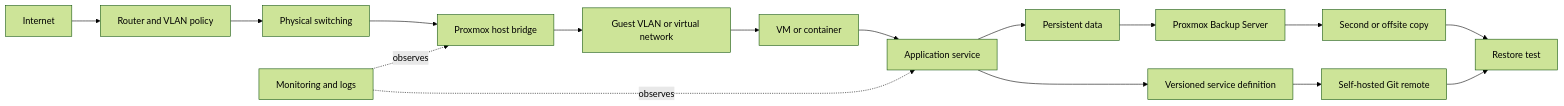
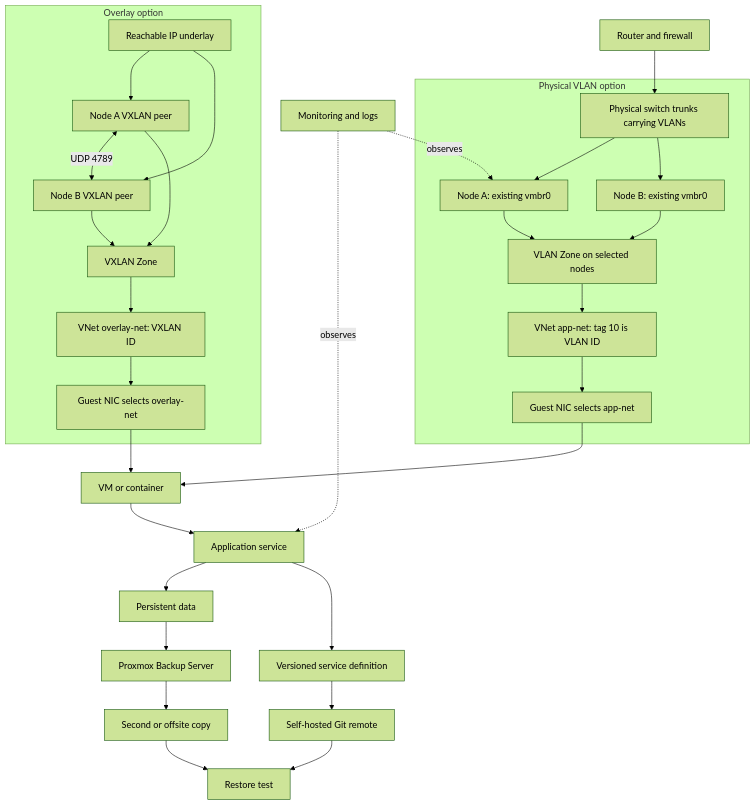
The second of 2 diagrams in src/content/blog/layering-a-proxmox-homelab.md (GrandDay/johnmcdougal-site), drawn with Mermaid (forest theme) before and after one commit. The commit also changed other lines of this file and 7 other files, not shown here.

Commit message:
feat: improve Mermaid diagram navigation

````diff
--- a/src/content/blog/layering-a-proxmox-homelab.md
+++ b/src/content/blog/layering-a-proxmox-homelab.md
@@ -73,20 +75,39 @@
 ```mermaid
-flowchart LR
+flowchart TB
   accTitle: Network, configuration, and recovery boundaries
-  accDescr: Physical network policy connects selected Proxmox guest networks; versioned configuration and guest backups have separate copies and restore tests.
-  Internet[Internet] --> Router[Router and VLAN policy]
-  Router --> Switch[Physical switching]
-  Switch --> Host[Proxmox host bridge]
-  Host --> GuestNet[Guest VLAN or virtual network]
-  GuestNet --> Guest[VM or container]
+  accDescr {
+    A VLAN Zone uses an existing bridge on participating nodes and a VNet tag carried by physical switch trunks.
+    A separate VXLAN Zone connects VNets over reachable IP peers using UDP port 4789, with encapsulation MTU overhead.
+    Guest data is backed up separately from versioned service configuration, and both paths lead to a restore test.
+  }
+  Router[Router and firewall] --> Switch[Physical switch trunks carrying VLANs]
+  subgraph VLAN[Physical VLAN option]
+    Switch --> NodeA[Node A: existing vmbr0]
+    Switch --> NodeB[Node B: existing vmbr0]
+    NodeA --> VlanZone[VLAN Zone on selected nodes]
+    NodeB --> VlanZone
+    VlanZone --> VlanVnet[VNet app-net: tag 10 is VLAN ID]
+    VlanVnet --> VlanGuest[Guest NIC selects app-net]
+  end
+  subgraph VXLAN[Overlay option]
+    Underlay[Reachable IP underlay] --> PeerA[Node A VXLAN peer]
+    Underlay --> PeerB[Node B VXLAN peer]
+    PeerA <-->|UDP 4789| PeerB
+    PeerA --> VxlanZone[VXLAN Zone]
+    PeerB --> VxlanZone
+    VxlanZone --> VxlanVnet[VNet overlay-net: VXLAN ID]
+    VxlanVnet --> VxlanGuest[Guest NIC selects overlay-net]
+  end
+  VlanGuest --> Guest[VM or container]
+  VxlanGuest --> Guest
   Guest --> Service[Application service]
   Service --> Data[Persistent data]
   Service --> Config[Versioned service definition]
   Data --> PBS[Proxmox Backup Server]
   PBS --> Copy[Second or offsite copy]
   Config --> Git[Self-hosted Git remote]
   Copy --> Restore[Restore test]
   Git --> Restore
-  Monitoring[Monitoring and logs] -. observes .-> Host
+  Monitoring[Monitoring and logs] -. observes .-> NodeA
   Monitoring -. observes .-> Service
 ```
````
